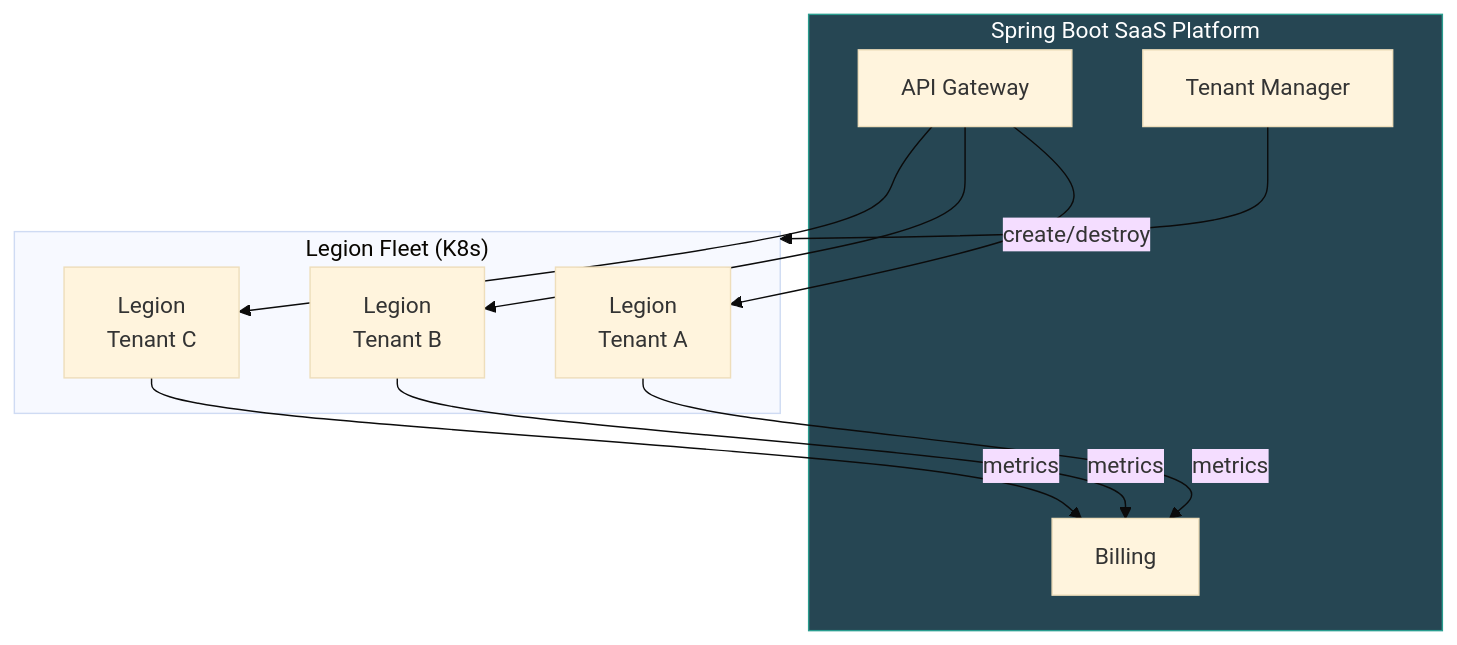
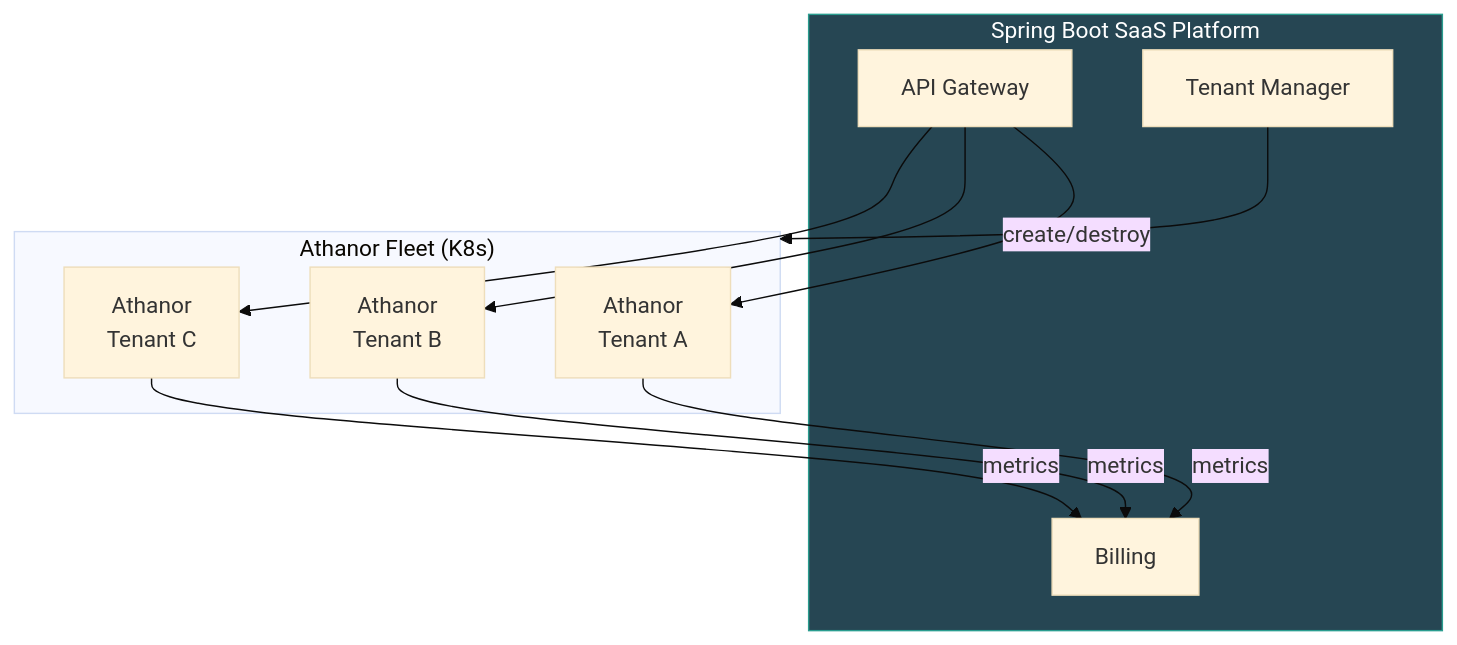
The tenth of 10 diagrams in docs/architecture.md (sudoTomas/embry0), drawn with Mermaid (base theme) before and after one commit. The commit also changed other lines of this file and 2 other files, not shown here.

First line of the commit message:
docs: rename Legion → embry0 across active documentation

````diff
--- a/docs/architecture.md
+++ b/docs/architecture.md
@@ -874,24 +874,24 @@
 ```mermaid
 graph TB
     subgraph SaaS["Spring Boot SaaS Platform"]
         GW["API Gateway"]
         TM["Tenant Manager"]
         BL["Billing"]
     end
 
-    subgraph Fleet["Legion Fleet (K8s)"]
-        L1["Legion<br/>Tenant A"]
-        L2["Legion<br/>Tenant B"]
-        L3["Legion<br/>Tenant C"]
+    subgraph Fleet["Athanor Fleet (K8s)"]
+        L1["Athanor<br/>Tenant A"]
+        L2["Athanor<br/>Tenant B"]
+        L3["Athanor<br/>Tenant C"]
     end
 
     GW --> L1
     GW --> L2
     GW --> L3
     TM -->|create/destroy| Fleet
     L1 -->|metrics| BL
     L2 -->|metrics| BL
     L3 -->|metrics| BL
 
     style SaaS fill:#264653,stroke:#2a9d8f,color:#fff
 ```
````
